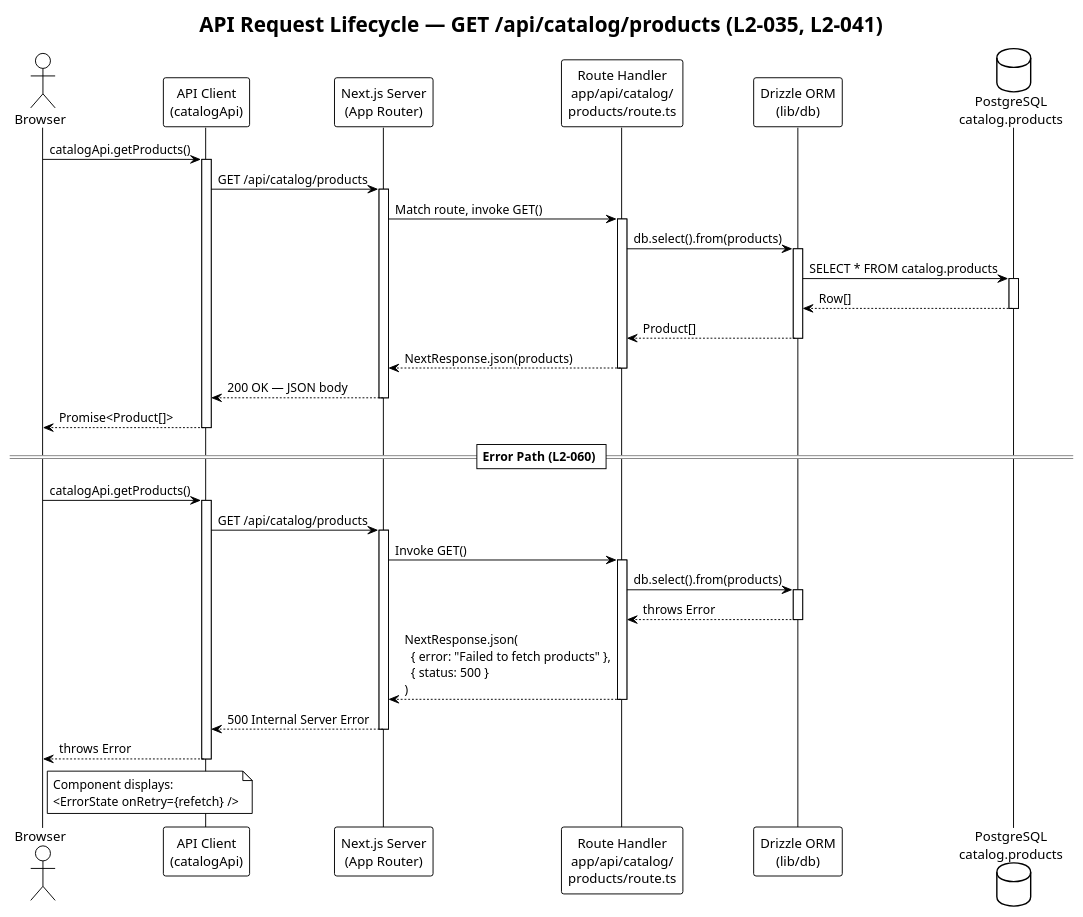
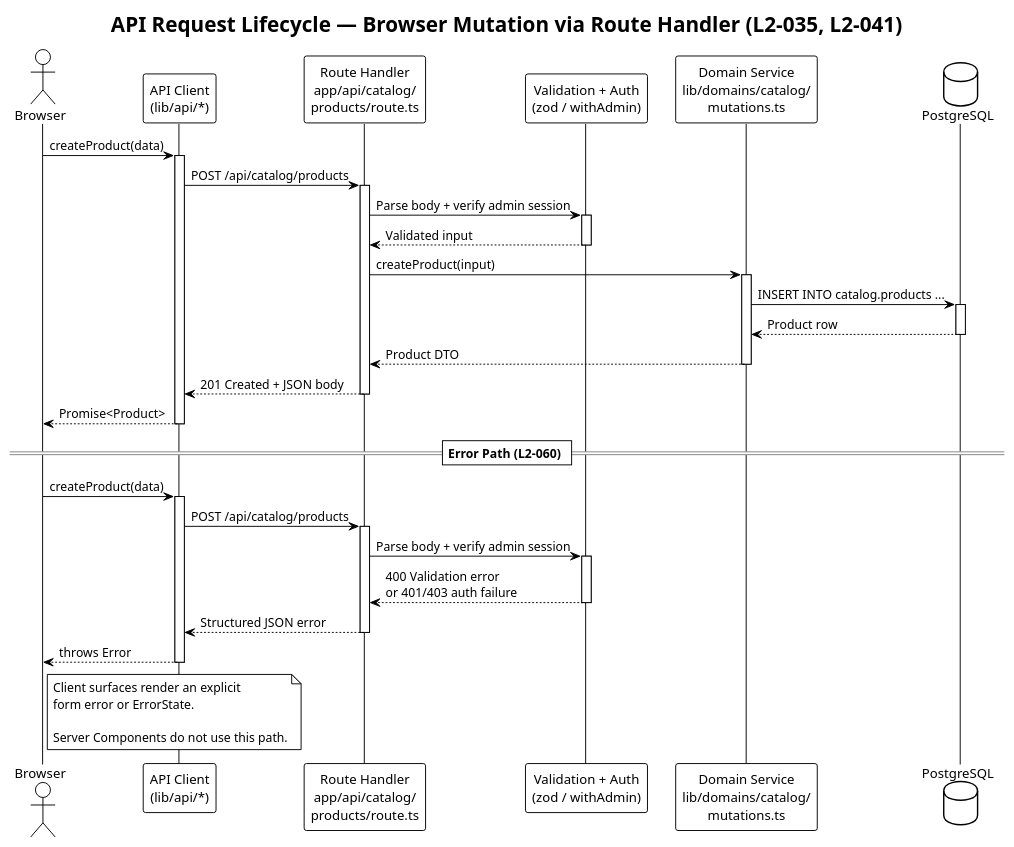
One commit to QuinntyneBrown/CrownCommerce changed the diagram in docs/detailed-designs/01-platform-architecture/diagrams/seq-api-request.puml. Above: the diagram before and after it, drawn with PlantUML. The commit also changed 15 other files, not shown here.

```diff
--- a/docs/detailed-designs/01-platform-architecture/diagrams/seq-api-request.puml
+++ b/docs/detailed-designs/01-platform-architecture/diagrams/seq-api-request.puml
@@ -1,74 +1,70 @@
 @startuml seq-api-request
 !theme plain
 
-title API Request Lifecycle — GET /api/catalog/products (L2-035, L2-041)
+title API Request Lifecycle — Browser Mutation via Route Handler (L2-035, L2-041)
 
 actor "Browser" as browser
-participant "API Client\n(catalogApi)" as client
-participant "Next.js Server\n(App Router)" as server
+participant "API Client\n(lib/api/*)" as client
 participant "Route Handler\napp/api/catalog/\nproducts/route.ts" as handler
-participant "Drizzle ORM\n(lib/db)" as drizzle
-database "PostgreSQL\ncatalog.products" as db
+participant "Validation + Auth\n(zod / withAdmin)" as guard
+participant "Domain Service\nlib/domains/catalog/\nmutations.ts" as service
+database "PostgreSQL" as db
 
-browser -> client: catalogApi.getProducts()
+browser -> client: createProduct(data)
 activate client
 
-client -> server: GET /api/catalog/products
-activate server
-
-server -> handler: Match route, invoke GET()
+client -> handler: POST /api/catalog/products
 activate handler
 
-handler -> drizzle: db.select().from(products)
-activate drizzle
+handler -> guard: Parse body + verify admin session
+activate guard
 
-drizzle -> db: SELECT * FROM catalog.products
+guard --> handler: Validated input
+deactivate guard
+
+handler -> service: createProduct(input)
+activate service
+
+service -> db: INSERT INTO catalog.products ...
 activate db
 
-db --> drizzle: Row[]
+db --> service: Product row
 deactivate db
 
-drizzle --> handler: Product[]
-deactivate drizzle
+service --> handler: Product DTO
+deactivate service
 
-handler --> server: NextResponse.json(products)
+handler --> client: 201 Created + JSON body
 deactivate handler
 
-server --> client: 200 OK — JSON body
-deactivate server
-
-client --> browser: Promise<Product[]>
+client --> browser: Promise<Product>
 deactivate client
 
 == Error Path (L2-060) ==
 
-browser -> client: catalogApi.getProducts()
+browser -> client: createProduct(data)
 activate client
 
-client -> server: GET /api/catalog/products
-activate server
-
-server -> handler: Invoke GET()
+client -> handler: POST /api/catalog/products
 activate handler
 
-handler -> drizzle: db.select().from(products)
-activate drizzle
+handler -> guard: Parse body + verify admin session
+activate guard
 
-drizzle --> handler: throws Error
-deactivate drizzle
+guard --> handler: 400 Validation error\nor 401/403 auth failure
+deactivate guard
 
-handler --> server: NextResponse.json(\n  { error: "Failed to fetch products" },\n  { status: 500 }\n)
+handler --> client: Structured JSON error
 deactivate handler
-
-server --> client: 500 Internal Server Error
-deactivate server
 
 client --> browser: throws Error
 deactivate client
 
 note right of browser
-  Component displays:
-  <ErrorState onRetry={refetch} />
+  Client surfaces render an explicit
+  form error or ErrorState.
+
+  Server Components do not use this path.
 end note
 
 @enduml
```
